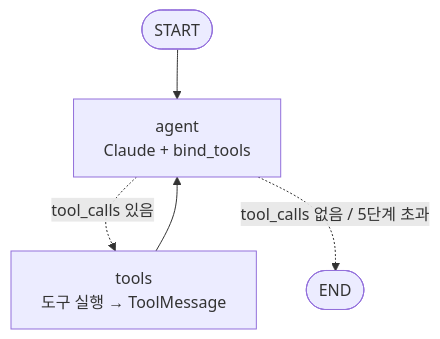
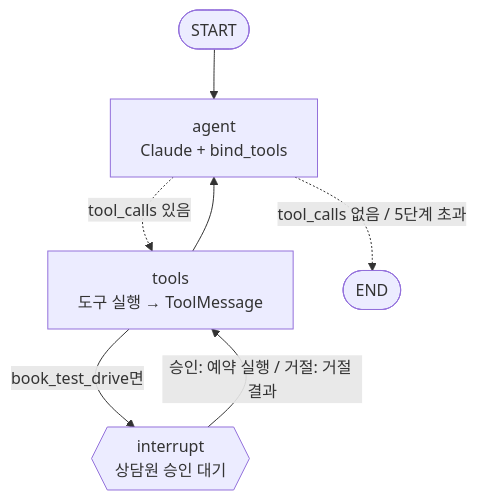
One commit to ikyoon0619/ai-cs-agent changed the second of 2 diagrams in README.md. Above: the diagram before and after it, drawn with Mermaid. The commit also changed other lines of this file and 7 other files, not shown here.

First line of the commit message:
feat: 시승 예약 전 상담원 승인 (LangGraph interrupt + checkpointer)

````diff
--- a/README.md
+++ b/README.md
@@ -35,7 +36,9 @@
 ```mermaid
 flowchart TD
     S([START]) --> A[agent<br/>Claude + bind_tools]
     A -.->|tool_calls 있음| T[tools<br/>도구 실행 → ToolMessage]
+    T -->|book_test_drive면| P{{interrupt<br/>상담원 승인 대기}}
+    P -->|승인: 예약 실행 / 거절: 거절 결과| T
     T --> A
     A -.->|tool_calls 없음 / 5단계 초과| E([END])
 ```
````
